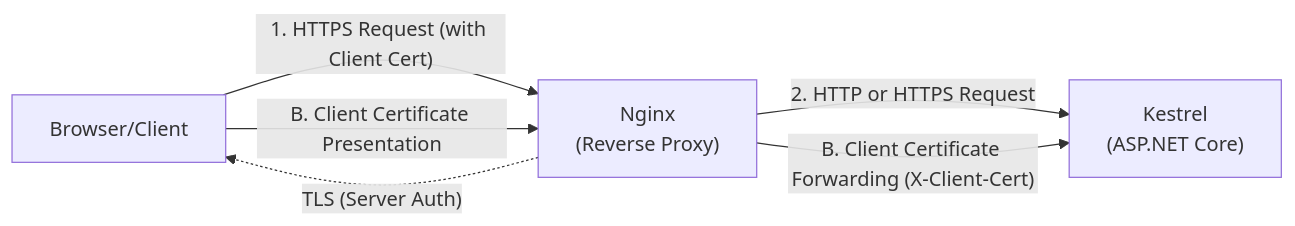
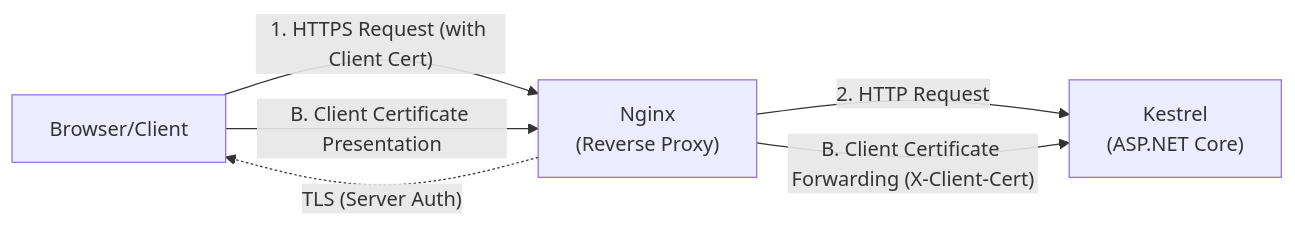
One commit to suzu-devworks/examples-dotnet-web changed the diagram in src/Examples.Web.Authentication.Certificate/README.md. Above: the diagram before and after it, drawn with Mermaid. The commit also changed other lines of this file, not shown here.

````diff
--- a/src/Examples.Web.Authentication.Certificate/README.md
+++ b/src/Examples.Web.Authentication.Certificate/README.md
@@ -245,15 +266,15 @@
 ```mermaid
 graph LR
     client[Browser/Client]
     nginx["Nginx<br/>(Reverse Proxy)"]
     kestrel["Kestrel<br/>(ASP.NET Core)"]
 
     %% Client to Nginx (Standard TLS)
     client -- "1. HTTPS Request (with Client Cert)" --> nginx
     client -- "B. Client Certificate Presentation" --> nginx
     nginx -. "TLS (Server Auth)" .-> client
 
     %% Nginx to Kestrel
-    nginx -- "2. HTTP or HTTPS Request" --> kestrel
+    nginx -- "2. HTTP Request" --> kestrel
     nginx -- "B. Client Certificate Forwarding (X-Client-Cert)" --> kestrel
 ```
````
